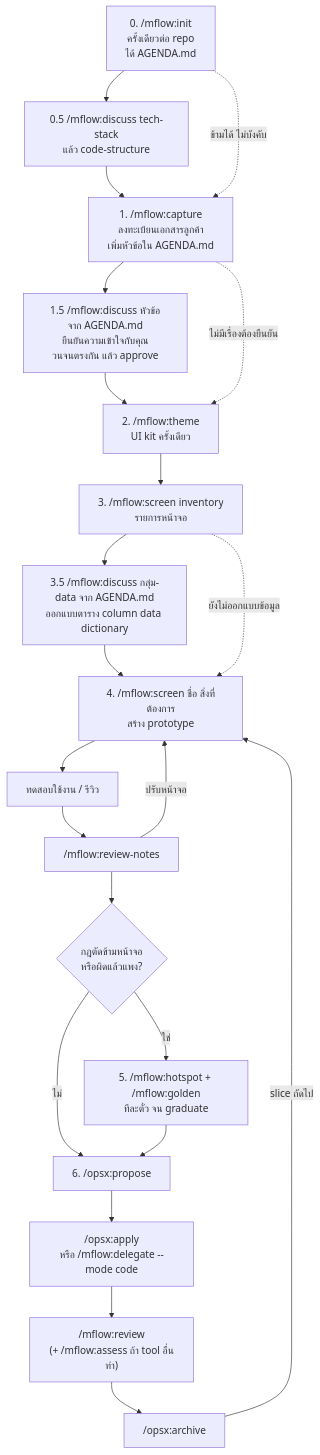
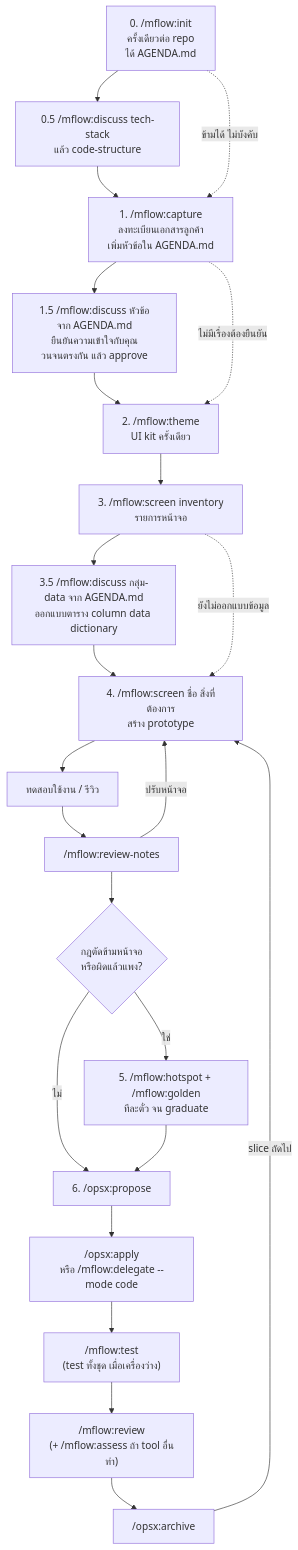
The diagram in docs/manual.md (mounchons/mflow-marketplace), drawn with Mermaid before and after one commit. The commit also changed other lines of this file and 12 other files, not shown here.

````diff
--- a/docs/manual.md
+++ b/docs/manual.md
@@ -28,24 +28,25 @@
 ```mermaid
 flowchart TD
     S0["0. /mflow:init<br/>ครั้งเดียวต่อ repo<br/>ได้ AGENDA.md"] --> TS["0.5 /mflow:discuss tech-stack<br/>แล้ว code-structure"]
     TS --> S1["1. /mflow:capture<br/>ลงทะเบียนเอกสารลูกค้า<br/>เพิ่มหัวข้อใน AGENDA.md"]
     S0 -.->|ข้ามได้ ไม่บังคับ| S1
     S1 --> D["1.5 /mflow:discuss หัวข้อจาก AGENDA.md<br/>ยืนยันความเข้าใจกับคุณ<br/>วนจนตรงกัน แล้ว approve"]
     D --> S2["2. /mflow:theme<br/>UI kit ครั้งเดียว"]
     S1 -.->|ไม่มีเรื่องต้องยืนยัน| S2
     S2 --> S3["3. /mflow:screen inventory<br/>รายการหน้าจอ"]
     S3 --> DM["3.5 /mflow:discuss กลุ่ม-data จาก AGENDA.md<br/>ออกแบบตาราง column data dictionary"]
     DM --> S4["4. /mflow:screen ชื่อ สิ่งที่ต้องการ<br/>สร้าง prototype"]
     S3 -.->|ยังไม่ออกแบบข้อมูล| S4
     S4 --> R["ทดสอบใช้งาน / รีวิว"]
     R --> RN["/mflow:review-notes"]
     RN -->|ปรับหน้าจอ| S4
     RN --> Q{"กฎตัดข้ามหน้าจอ<br/>หรือผิดแล้วแพง?"}
     Q -->|ใช่| H["5. /mflow:hotspot + /mflow:golden<br/>ทีละตั๋ว จน graduate"]
     Q -->|ไม่| P
     H --> P["6. /opsx:propose"]
     P --> A["/opsx:apply<br/>หรือ /mflow:delegate --mode code"]
-    A --> V["/mflow:review<br/>(+ /mflow:assess ถ้า tool อื่นทำ)"]
+    A --> T["/mflow:test<br/>(test ทั้งชุด เมื่อเครื่องว่าง)"]
+    T --> V["/mflow:review<br/>(+ /mflow:assess ถ้า tool อื่นทำ)"]
     V --> AR["/opsx:archive"]
     AR -->|slice ถัดไป| S4
 ```
````
